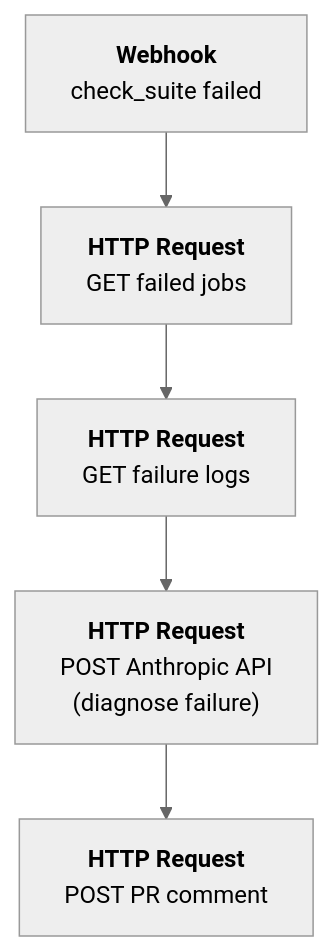
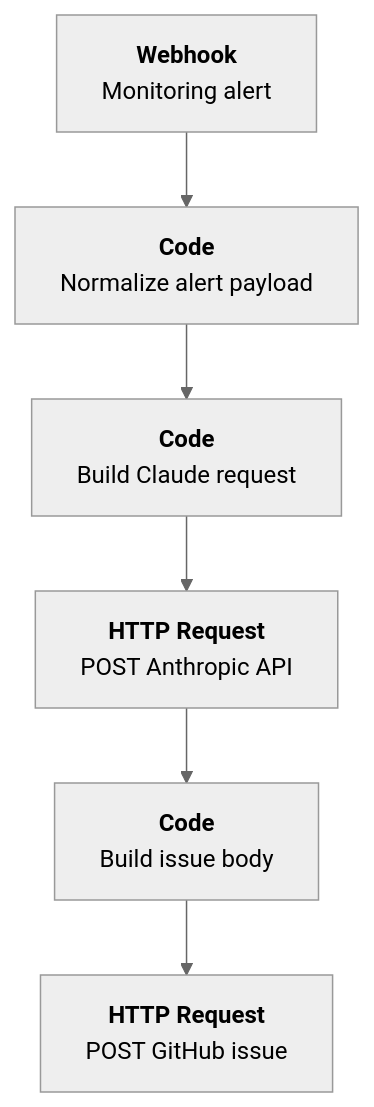
One commit to DevLLMOps/devllmops changed the fourth of 5 diagrams in docs/n8n-setup.md. Above: the diagram before and after it, drawn with Mermaid (neutral theme). The commit also changed other lines of this file and 15 other files, not shown here.

````diff
--- a/docs/n8n-setup.md
+++ b/docs/n8n-setup.md
@@ -118,13 +379,14 @@
 ```mermaid
 flowchart TD
     A["`**Webhook**
-    check_suite failed`"] --> B["`**HTTP Request**
-    GET failed jobs`"]
-    B --> C["`**HTTP Request**
-    GET failure logs`"]
+    Monitoring alert`"] --> B["`**Code**
+    Normalize alert payload`"]
+    B --> C["`**Code**
+    Build Claude request`"]
     C --> D["`**HTTP Request**
-    POST Anthropic API
-    (diagnose failure)`"]
-    D --> E["`**HTTP Request**
-    POST PR comment`"]
+    POST Anthropic API`"]
+    D --> E["`**Code**
+    Build issue body`"]
+    E --> F["`**HTTP Request**
+    POST GitHub issue`"]
 ```
````
